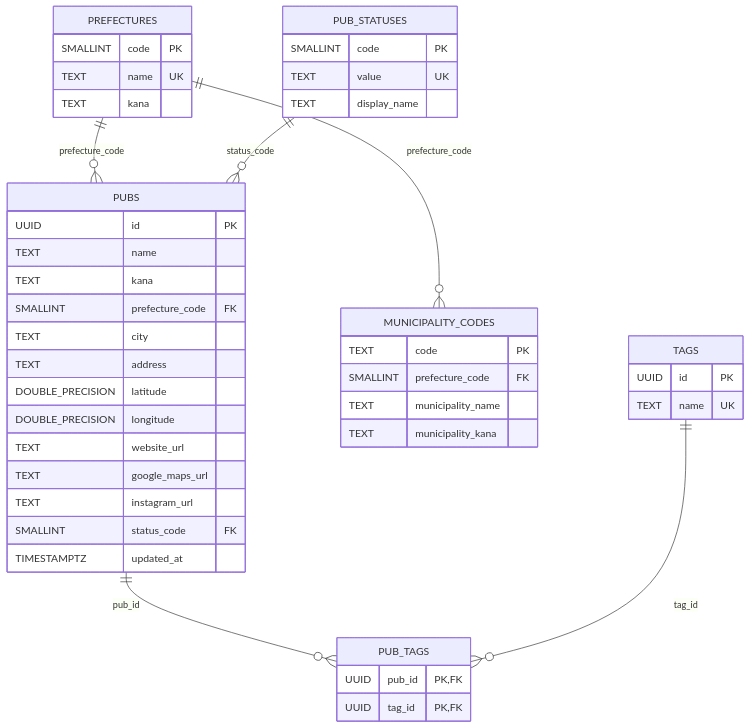
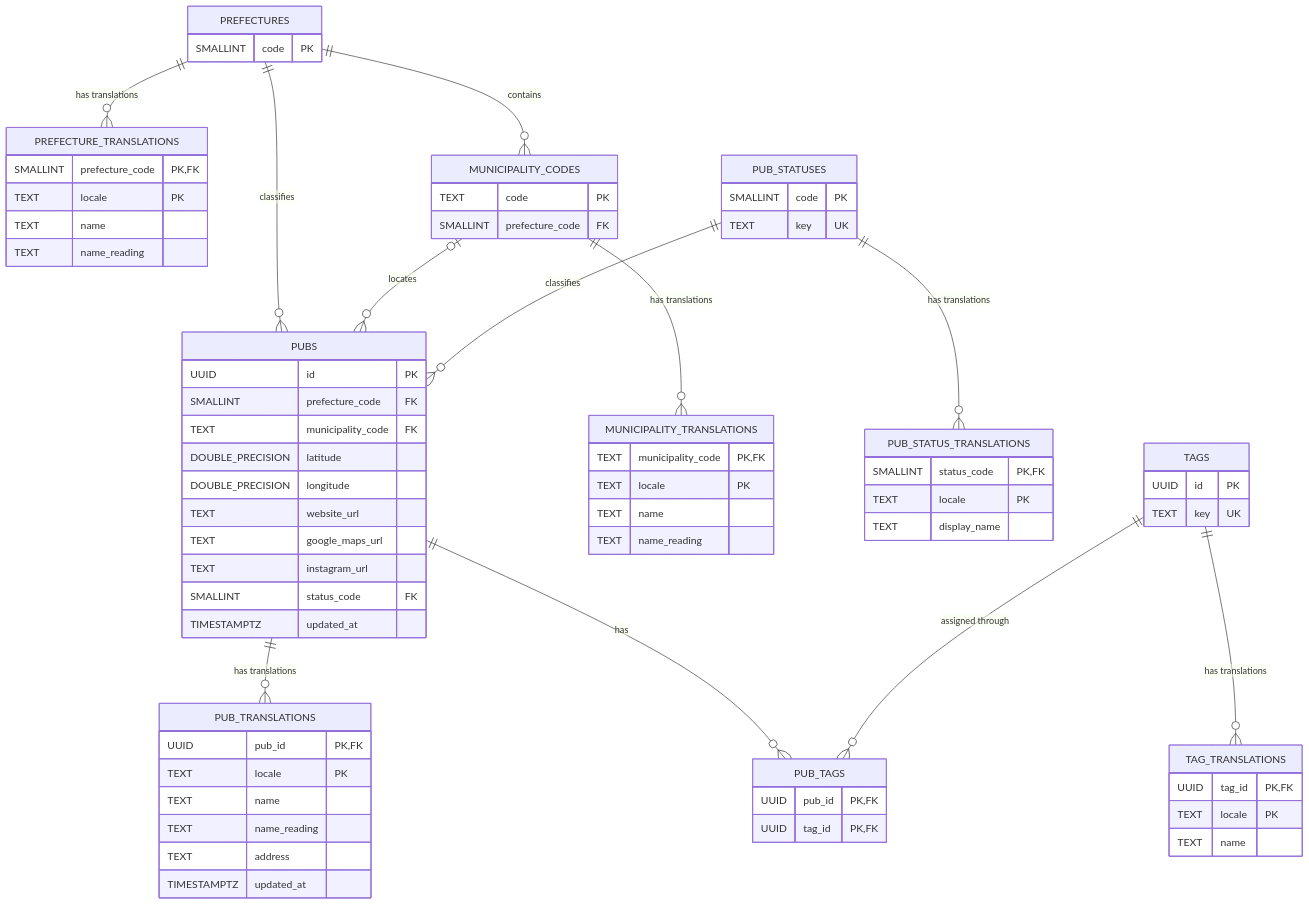
One commit to yusukefr/irishpub-map changed the diagram in docs/specs/database.md. Above: the diagram before and after it, drawn with Mermaid. The commit also changed other lines of this file and 11 other files, not shown here.

First line of the commit message:
ER図・テーブル設計書を現行DBスキーマに合わせて最新化する (#263)

````diff
--- a/docs/specs/database.md
+++ b/docs/specs/database.md
@@ -29,48 +29,76 @@
 ```mermaid
 erDiagram
-  PREFECTURES ||--o{ PUBS : "prefecture_code"
-  PUB_STATUSES ||--o{ PUBS : "status_code"
-  PREFECTURES ||--o{ MUNICIPALITY_CODES : "prefecture_code"
-  PUBS ||--o{ PUB_TAGS : "pub_id"
-  TAGS ||--o{ PUB_TAGS : "tag_id"
+  PREFECTURES ||--o{ PREFECTURE_TRANSLATIONS : "has translations"
+  PREFECTURES ||--o{ MUNICIPALITY_CODES : "contains"
+  PREFECTURES ||--o{ PUBS : "classifies"
+  MUNICIPALITY_CODES ||--o{ MUNICIPALITY_TRANSLATIONS : "has translations"
+  MUNICIPALITY_CODES o|--o{ PUBS : "locates"
+  PUB_STATUSES ||--o{ PUB_STATUS_TRANSLATIONS : "has translations"
+  PUB_STATUSES ||--o{ PUBS : "classifies"
+  PUBS ||--o{ PUB_TRANSLATIONS : "has translations"
+  PUBS ||--o{ PUB_TAGS : "has"
+  TAGS ||--o{ TAG_TRANSLATIONS : "has translations"
+  TAGS ||--o{ PUB_TAGS : "assigned through"
 
   PUBS {
     UUID id PK
-    TEXT name
-    TEXT kana
     SMALLINT prefecture_code FK
-    TEXT city
-    TEXT address
+    TEXT municipality_code FK
     DOUBLE_PRECISION latitude
     DOUBLE_PRECISION longitude
     TEXT website_url
     TEXT google_maps_url
     TEXT instagram_url
     SMALLINT status_code FK
     TIMESTAMPTZ updated_at
   }
+  PUB_TRANSLATIONS {
+    UUID pub_id PK, FK
+    TEXT locale PK
+    TEXT name
+    TEXT name_reading
+    TEXT address
+    TIMESTAMPTZ updated_at
+  }
   PREFECTURES {
     SMALLINT code PK
-    TEXT name UK
-    TEXT kana
   }
-  PUB_STATUSES {
-    SMALLINT code PK
-    TEXT value UK
-    TEXT display_name
+  PREFECTURE_TRANSLATIONS {
+    SMALLINT prefecture_code PK, FK
+    TEXT locale PK
+    TEXT name
+    TEXT name_reading
   }
   MUNICIPALITY_CODES {
     TEXT code PK
     SMALLINT prefecture_code FK
-    TEXT municipality_name
-    TEXT municipality_kana
+  }
+  MUNICIPALITY_TRANSLATIONS {
+    TEXT municipality_code PK, FK
+    TEXT locale PK
+    TEXT name
+    TEXT name_reading
+  }
+  PUB_STATUSES {
+    SMALLINT code PK
+    TEXT key UK
+  }
+  PUB_STATUS_TRANSLATIONS {
+    SMALLINT status_code PK, FK
+    TEXT locale PK
+    TEXT display_name
   }
   TAGS {
     UUID id PK
-    TEXT name UK
+    TEXT key UK
+  }
+  TAG_TRANSLATIONS {
+    UUID tag_id PK, FK
+    TEXT locale PK
+    TEXT name
   }
   PUB_TAGS {
     UUID pub_id PK, FK
     UUID tag_id PK, FK
   }
 ```
````
